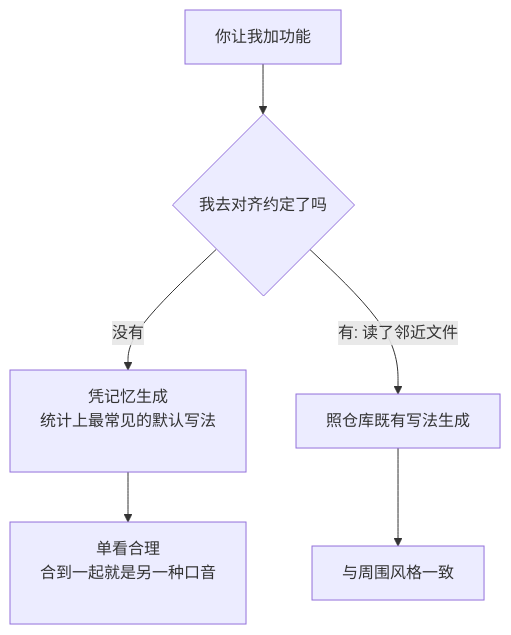
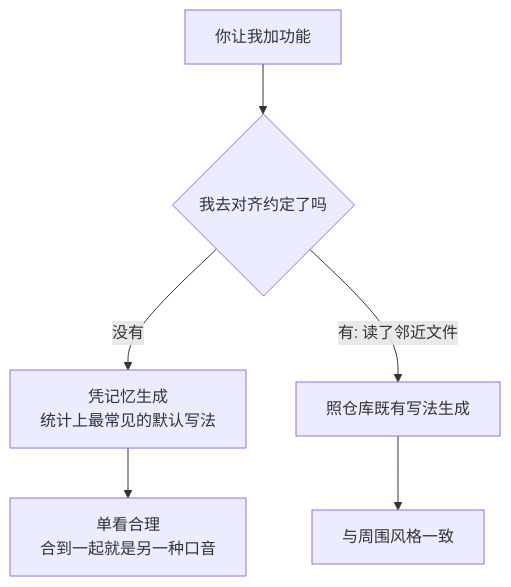
One commit to XuebinMa/AIWiki changed the diagram in docs/04-detailed-design/style-drift.mdx. Above: the diagram before and after it, drawn with Mermaid. The commit also changed 99 other files, not shown here.

First line of the commit message:
fix(mermaid): 全局根治节点文字裁切（htmlLabels:false + 清理 br/nbsp 占位）(#26)

````diff
--- a/docs/04-detailed-design/style-drift.mdx
+++ b/docs/04-detailed-design/style-drift.mdx
@@ -44,8 +44,8 @@
 ```mermaid
 flowchart TD
     A[你让我加功能] --> B{我去对齐约定了吗}
-    B -- 没有 --> C[凭记忆生成<br/>统计上最常见的默认写法<br/>&nbsp;]
+    B -- 没有 --> C[凭记忆生成<br/>统计上最常见的默认写法]
     B -- 有: 读了邻近文件 --> D[照仓库既有写法生成]
-    C --> E[单看合理<br/>合到一起就是另一种口音<br/>&nbsp;]
+    C --> E[单看合理<br/>合到一起就是另一种口音]
     D --> F[与周围风格一致]
 ```
````
